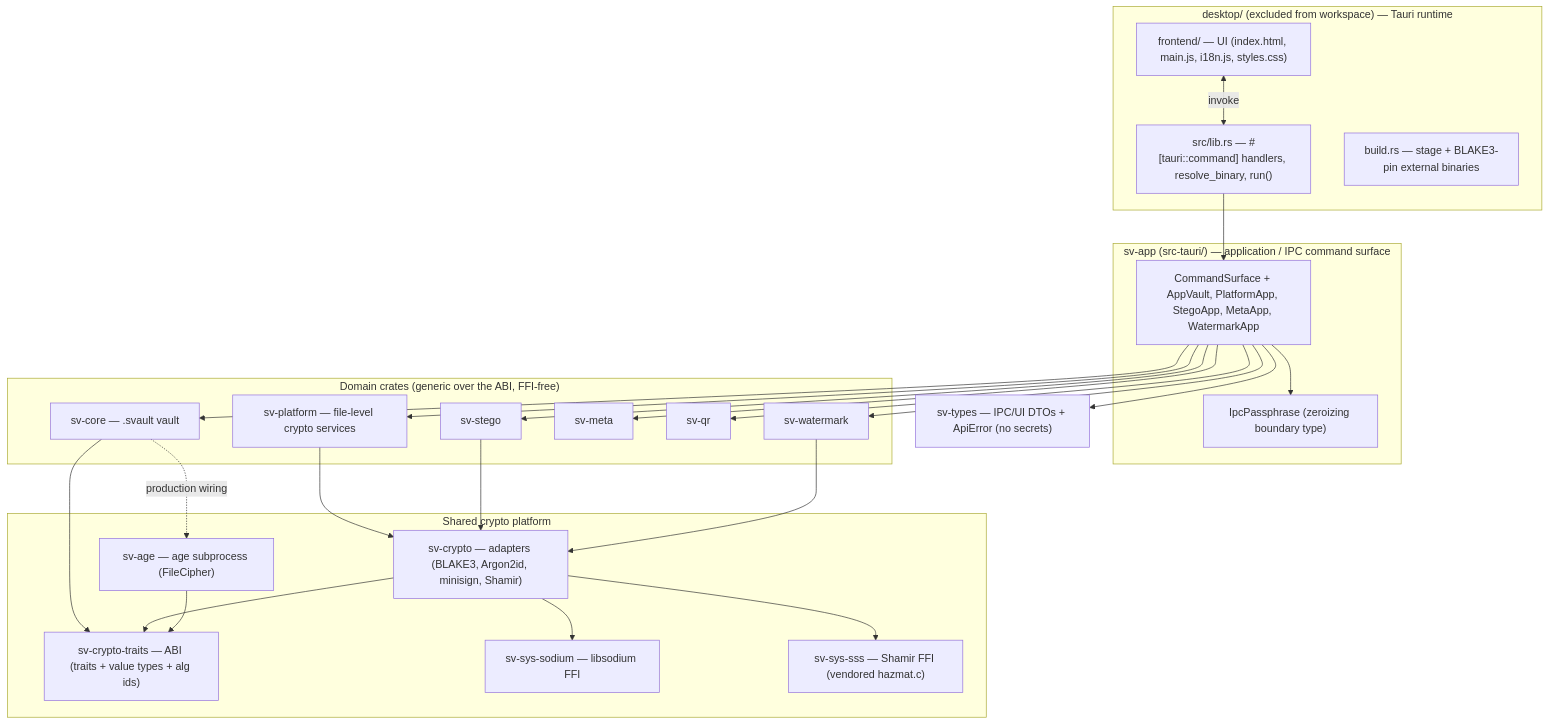
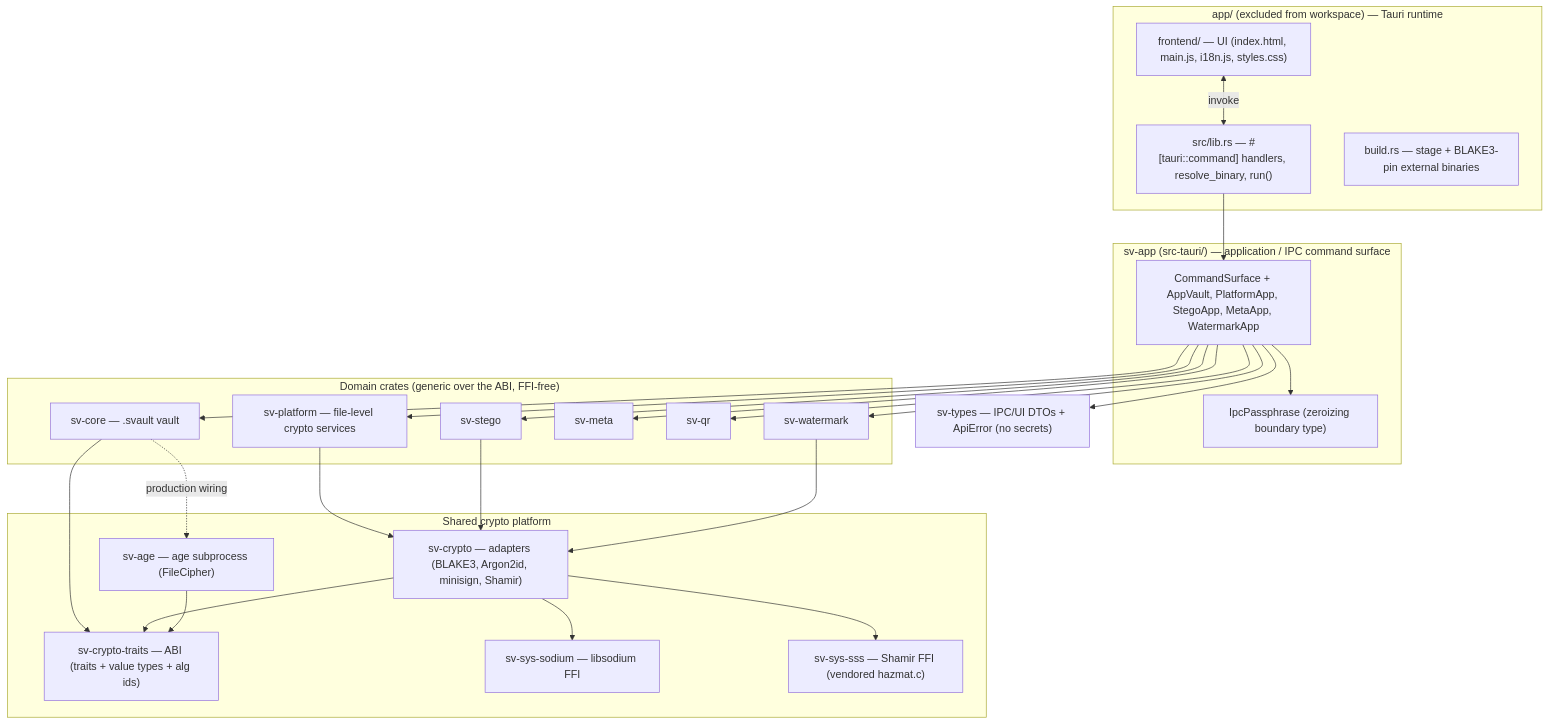
One commit to imtoiteu/secure-vault-research changed the second of 2 diagrams in docs/architecture/01-system-overview.md. Above: the diagram before and after it, drawn with Mermaid. The commit also changed other lines of this file and 58 other files, not shown here.

First line of the commit message:
refactor: rename desktop/ to app/ for the shared multi-platform shell

````diff
--- a/docs/architecture/01-system-overview.md
+++ b/docs/architecture/01-system-overview.md
@@ -88,46 +88,46 @@
 ```mermaid
 graph TD
-    subgraph desktop["desktop/ (excluded from workspace) — Tauri runtime"]
+    subgraph desktop["app/ (excluded from workspace) — Tauri runtime"]
         FE["frontend/ — UI (index.html, main.js, i18n.js, styles.css)"]
         DLIB["src/lib.rs — #[tauri::command] handlers, resolve_binary, run()"]
         BRS["build.rs — stage + BLAKE3-pin external binaries"]
     end
 
     subgraph app["sv-app (src-tauri/) — application / IPC command surface"]
         CS["CommandSurface + AppVault, PlatformApp, StegoApp, MetaApp, WatermarkApp"]
         PP["IpcPassphrase (zeroizing boundary type)"]
     end
 
     subgraph domain["Domain crates (generic over the ABI, FFI-free)"]
         CORE["sv-core — .svault vault"]
         PLAT["sv-platform — file-level crypto services"]
         STEG["sv-stego"]
         META["sv-meta"]
         QR["sv-qr"]
         WM["sv-watermark"]
     end
 
     subgraph platform["Shared crypto platform"]
         TRAITS["sv-crypto-traits — ABI (traits + value types + alg ids)"]
         IMPL["sv-crypto — adapters (BLAKE3, Argon2id, minisign, Shamir)"]
         AGE["sv-age — age subprocess (FileCipher)"]
         SOD["sv-sys-sodium — libsodium FFI"]
         SSS["sv-sys-sss — Shamir FFI (vendored hazmat.c)"]
     end
 
     TYPES["sv-types — IPC/UI DTOs + ApiError (no secrets)"]
 
     FE <-->|invoke| DLIB
     DLIB --> CS
     CS --> PP
     CS --> CORE & PLAT & STEG & META & QR & WM
     CS --> TYPES
     CORE --> TRAITS
     PLAT --> IMPL
     STEG --> IMPL
     WM --> IMPL
     CORE -. production wiring .-> AGE
     IMPL --> TRAITS
     IMPL --> SOD & SSS
     AGE --> TRAITS
 ```
````
